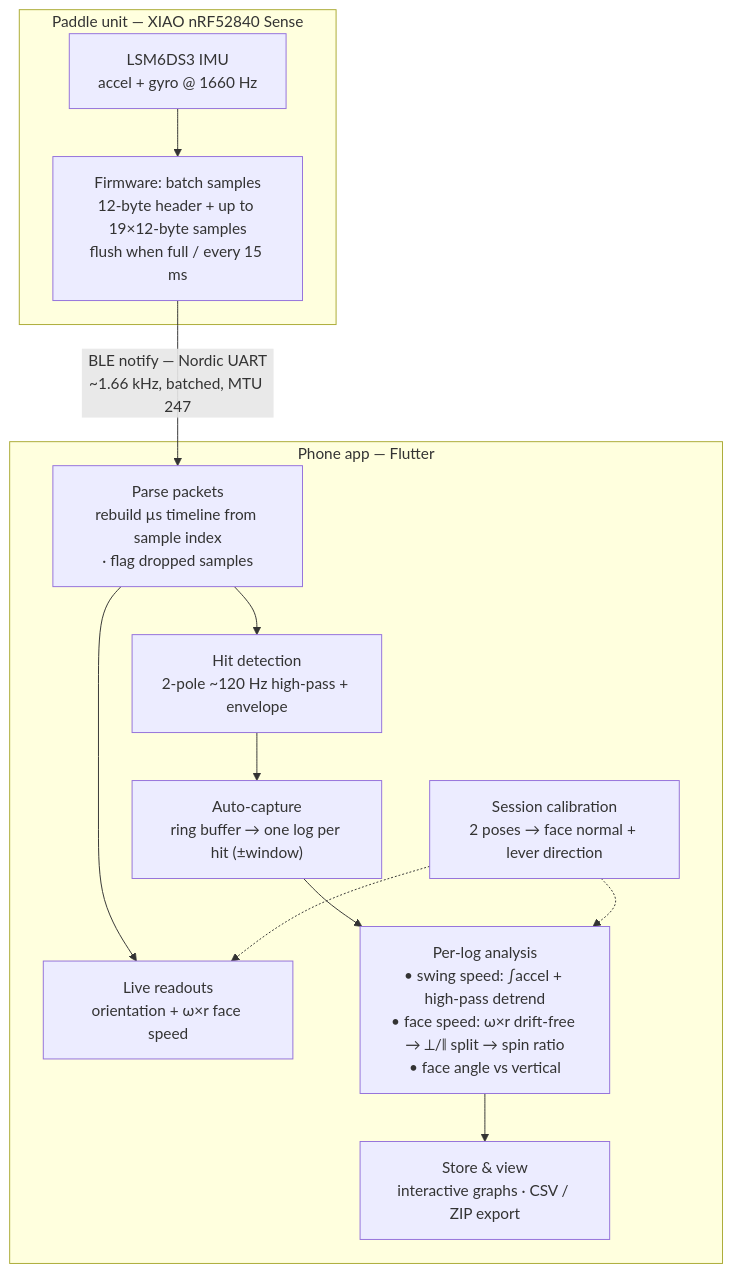
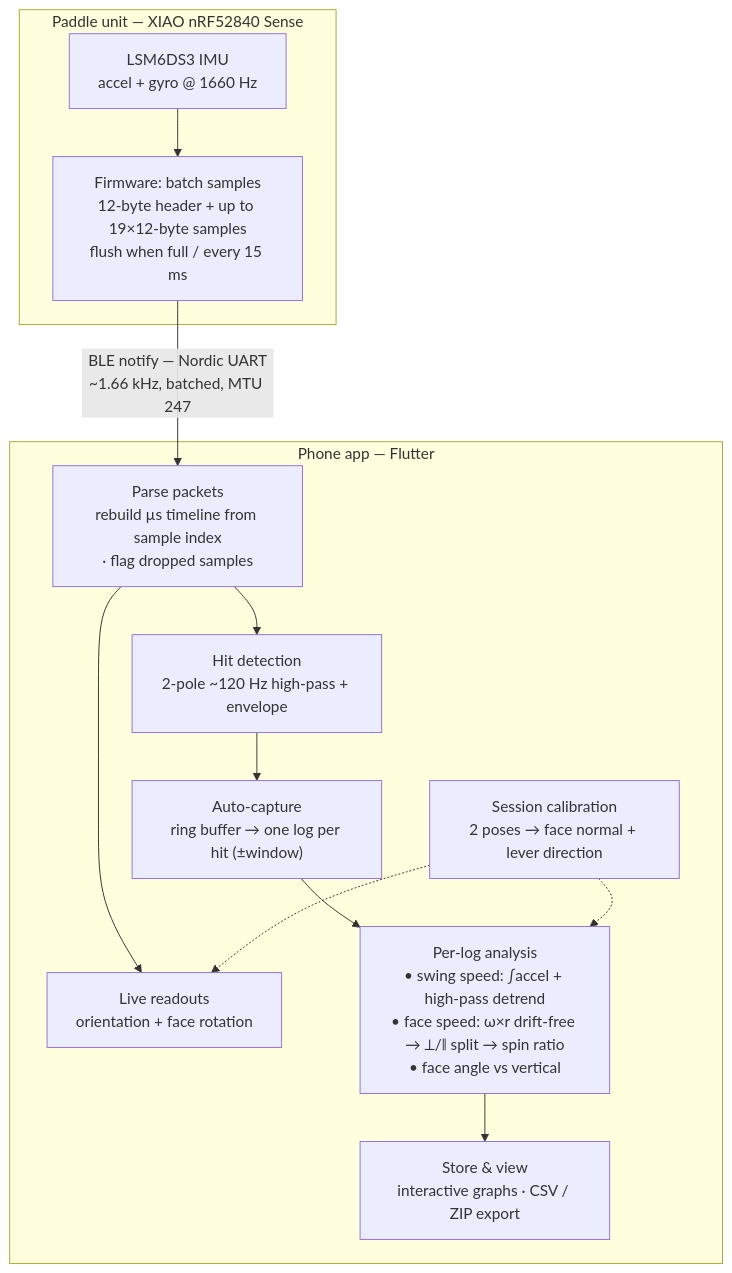
Before and after one commit to RuiqiLiu2014/ping-pong-tracker: the diagram in README.md, drawn with Mermaid. The commit also changed other lines of this file, not shown here.

````diff
--- a/README.md
+++ b/README.md
@@ -55,22 +52,22 @@
 ```mermaid
 flowchart TD
   subgraph PADDLE["Paddle unit — XIAO nRF52840 Sense"]
     IMU["LSM6DS3 IMU<br/>accel + gyro @ 1660 Hz"]
     FW["Firmware: batch samples<br/>12-byte header + up to 19×12-byte samples<br/>flush when full / every 15 ms"]
     IMU --> FW
   end
   FW -->|"BLE notify — Nordic UART<br/>~1.66 kHz, batched, MTU 247"| PARSE
   subgraph PHONE["Phone app — Flutter"]
     PARSE["Parse packets<br/>rebuild µs timeline from sample index<br/>· flag dropped samples"]
-    LIVE["Live readouts<br/>orientation + ω×r face speed"]
+    LIVE["Live readouts<br/>orientation + face rotation"]
     HIT["Hit detection<br/>2-pole ~120 Hz high-pass + envelope"]
     CAP["Auto-capture<br/>ring buffer → one log per hit (±window)"]
     ANALYZE["Per-log analysis<br/>• swing speed: ∫accel + high-pass detrend<br/>• face speed: ω×r drift-free → ⟂/∥ split → spin ratio<br/>• face angle vs vertical"]
     STORE["Store &amp; view<br/>interactive graphs · CSV / ZIP export"]
     CAL["Session calibration<br/>2 poses → face normal + lever direction"]
     PARSE --> LIVE
     PARSE --> HIT --> CAP --> ANALYZE --> STORE
     CAL -.-> ANALYZE
     CAL -.-> LIVE
   end
 ```
````
